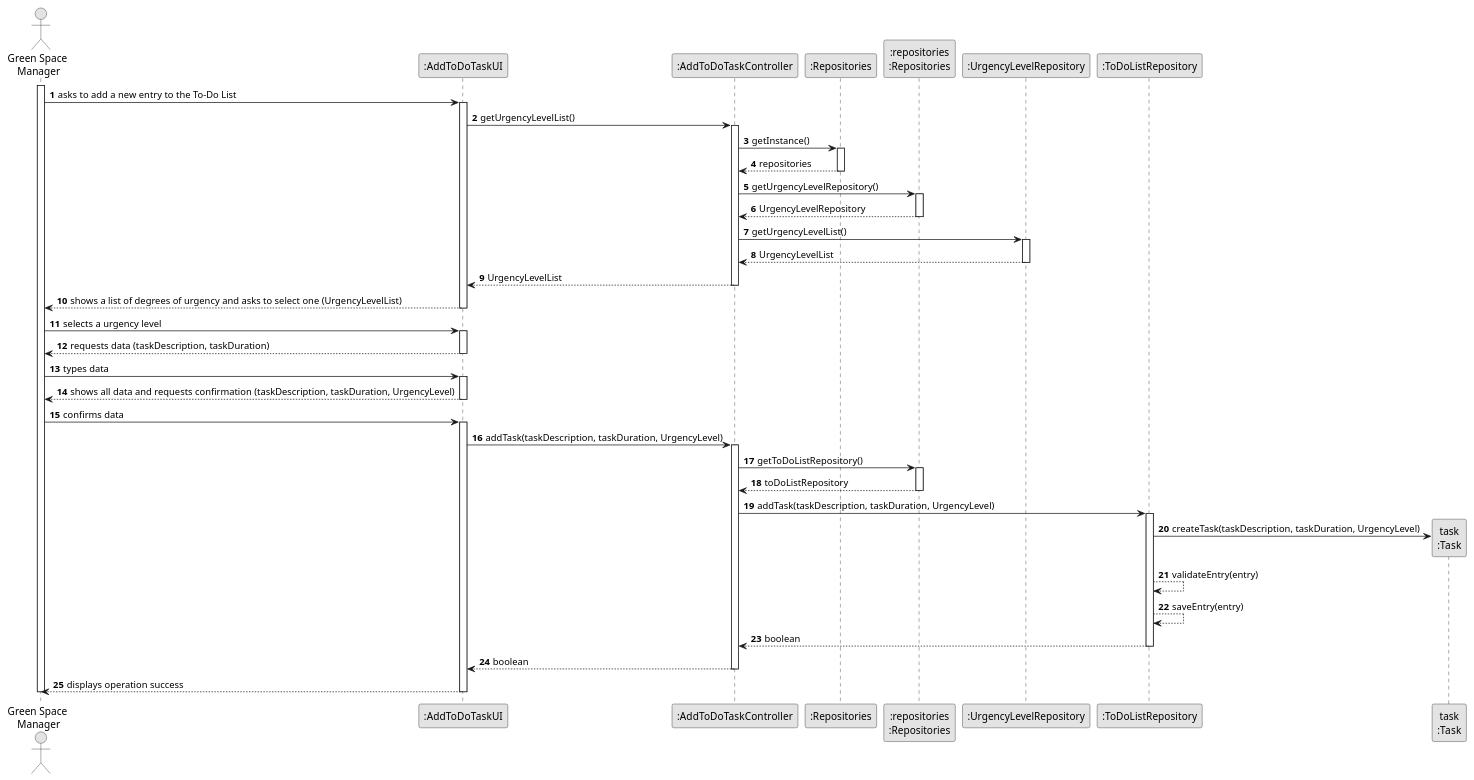
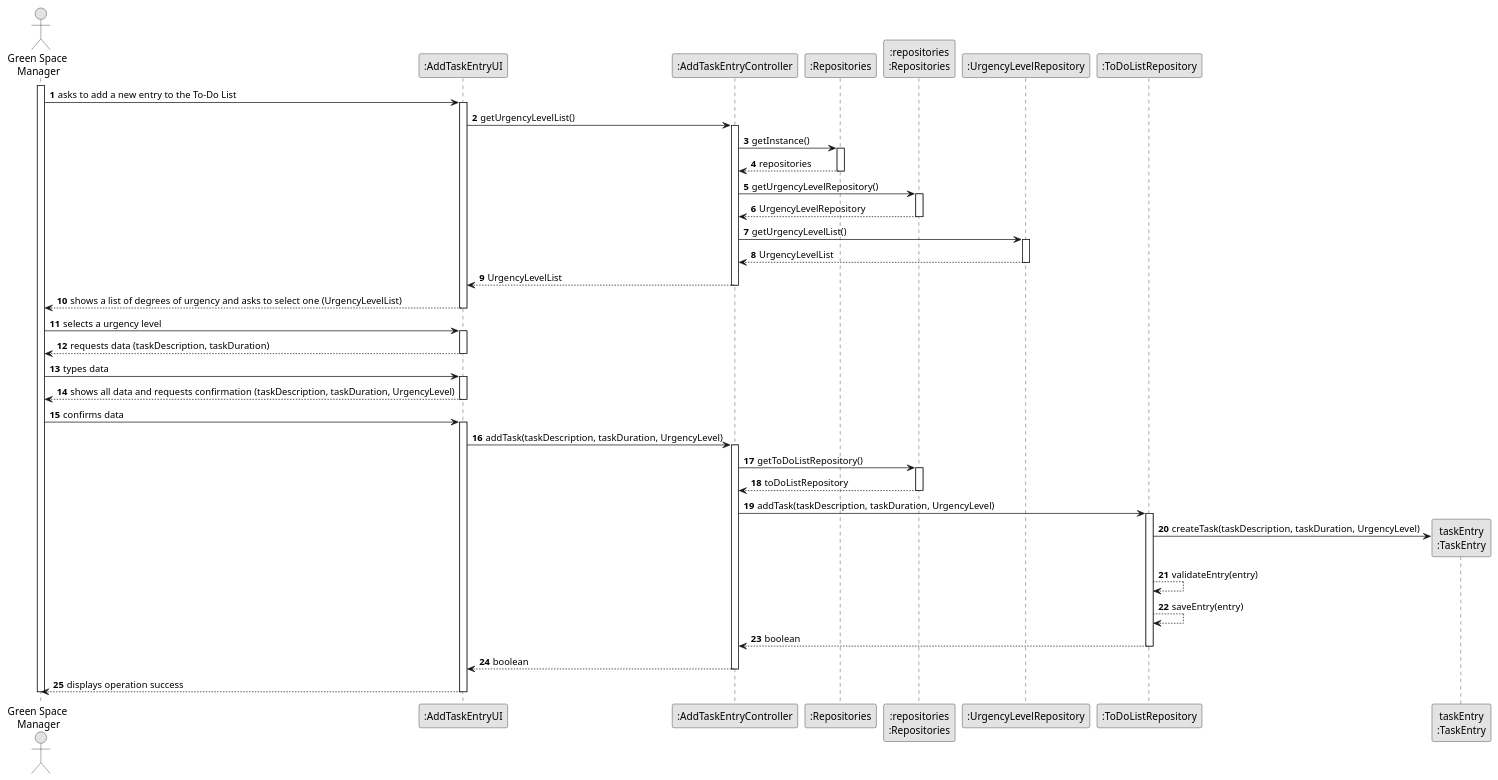
One commit to Departamento-de-Engenharia-Informatica/lei-24-s2-1dkl-g134 changed the diagram in docs/sprintC/us021/03.design/puml/us021-sequence-diagram-full.puml. Above: the diagram before and after it, drawn with PlantUML. The commit also changed 7 other files, not shown here.

Commit message:
Pprog US21: task entry UI and controller started

```diff
--- a/docs/sprintC/us021/03.design/puml/us021-sequence-diagram-full.puml
+++ b/docs/sprintC/us021/03.design/puml/us021-sequence-diagram-full.puml
@@ -1,92 +1,92 @@
 @startuml
 skinparam monochrome true
 skinparam packageStyle rectangle
 skinparam shadowing false
 
 autonumber
 
 'hide footbox
 actor "Green Space \nManager" as ADM
-participant ":AddToDoTaskUI" as UI
-participant ":AddToDoTaskController" as CTRL
+participant ":AddTaskEntryUI" as UI
+participant ":AddTaskEntryController" as CTRL
 participant ":Repositories" as RepositorySingleton
 participant ":repositories\n:Repositories" as PLAT
 
 participant ":UrgencyLevelRepository" as URG
 participant ":ToDoListRepository" as TDR
-participant "task\n:Task" as TASK
+participant "taskEntry\n:TaskEntry" as TASK
 
 activate ADM
 
     ADM -> UI : asks to add a new entry to the To-Do List
     activate UI
 
         UI -> CTRL : getUrgencyLevelList()
         activate CTRL
 
             CTRL -> RepositorySingleton : getInstance()
             activate RepositorySingleton
 
                 RepositorySingleton --> CTRL : repositories
             deactivate RepositorySingleton
 
             CTRL -> PLAT : getUrgencyLevelRepository()
             activate PLAT
 
                 PLAT --> CTRL : UrgencyLevelRepository
             deactivate PLAT
 
             CTRL -> URG : getUrgencyLevelList()
             activate URG
 
                 URG --> CTRL : UrgencyLevelList
             deactivate URG
 
             CTRL --> UI : UrgencyLevelList
         deactivate CTRL
 
         UI --> ADM : shows a list of degrees of urgency and asks to select one (UrgencyLevelList)
     deactivate UI
 
     ADM -> UI : selects a urgency level
     activate UI
 
         UI --> ADM : requests data (taskDescription, taskDuration)
     deactivate UI
 
     ADM -> UI : types data
     activate UI
 
         UI --> ADM : shows all data and requests confirmation (taskDescription, taskDuration, UrgencyLevel)
     deactivate UI
 
     ADM -> UI : confirms data
     activate UI
 
         UI -> CTRL : addTask(taskDescription, taskDuration, UrgencyLevel)
         activate CTRL
 
             CTRL -> PLAT : getToDoListRepository()
             activate PLAT
 
                 PLAT --> CTRL : toDoListRepository
             deactivate PLAT
 
             CTRL -> TDR : addTask(taskDescription, taskDuration, UrgencyLevel)
             activate TDR
 
                 TDR -> TASK** : createTask(taskDescription, taskDuration, UrgencyLevel)
                 TDR --> TDR : validateEntry(entry)
                 TDR --> TDR : saveEntry(entry)
                 TDR --> CTRL : boolean
             deactivate TDR
 
             CTRL --> UI : boolean
         deactivate CTRL
 
         UI --> ADM : displays operation success
     deactivate UI
 
 deactivate ADM
 
 @enduml
```
